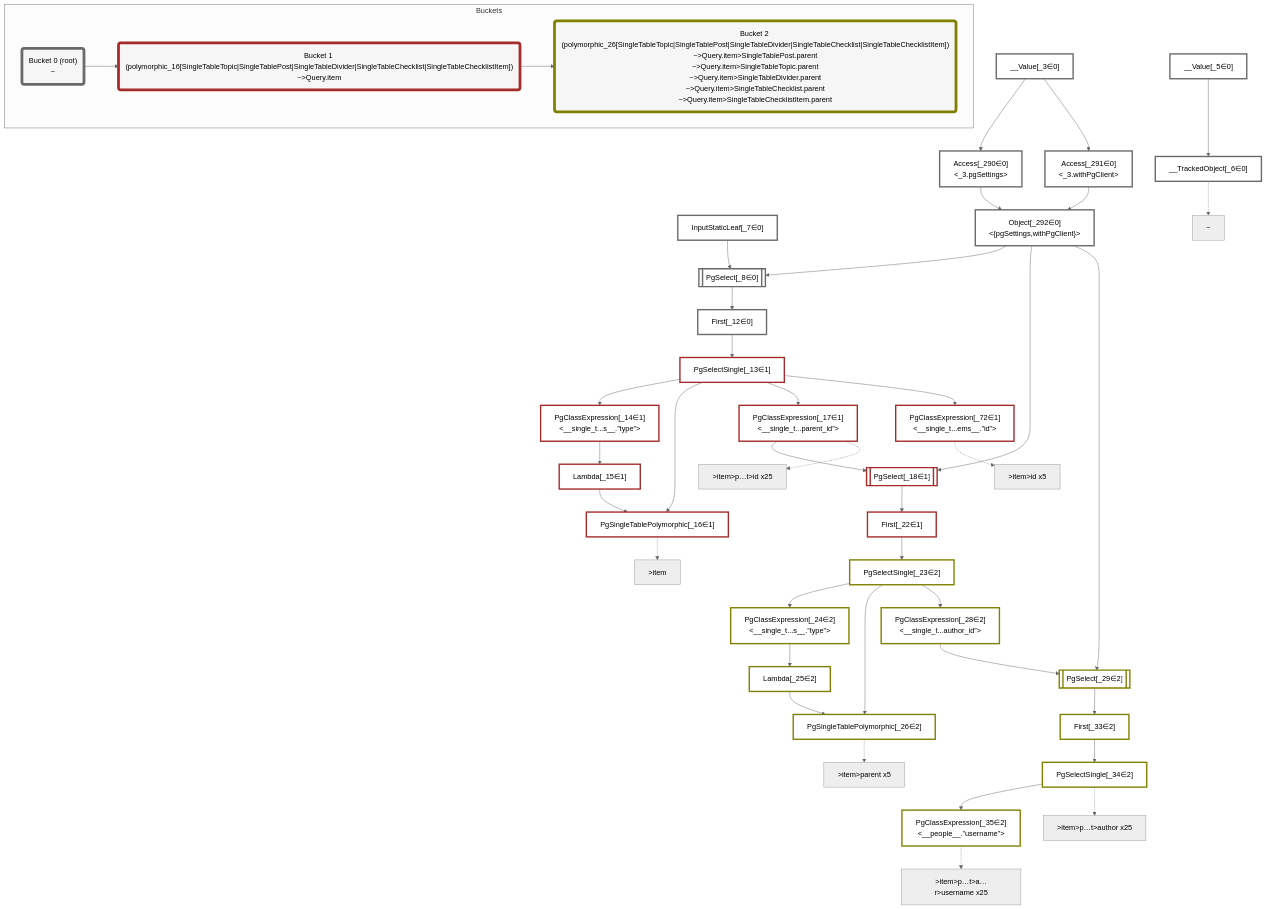
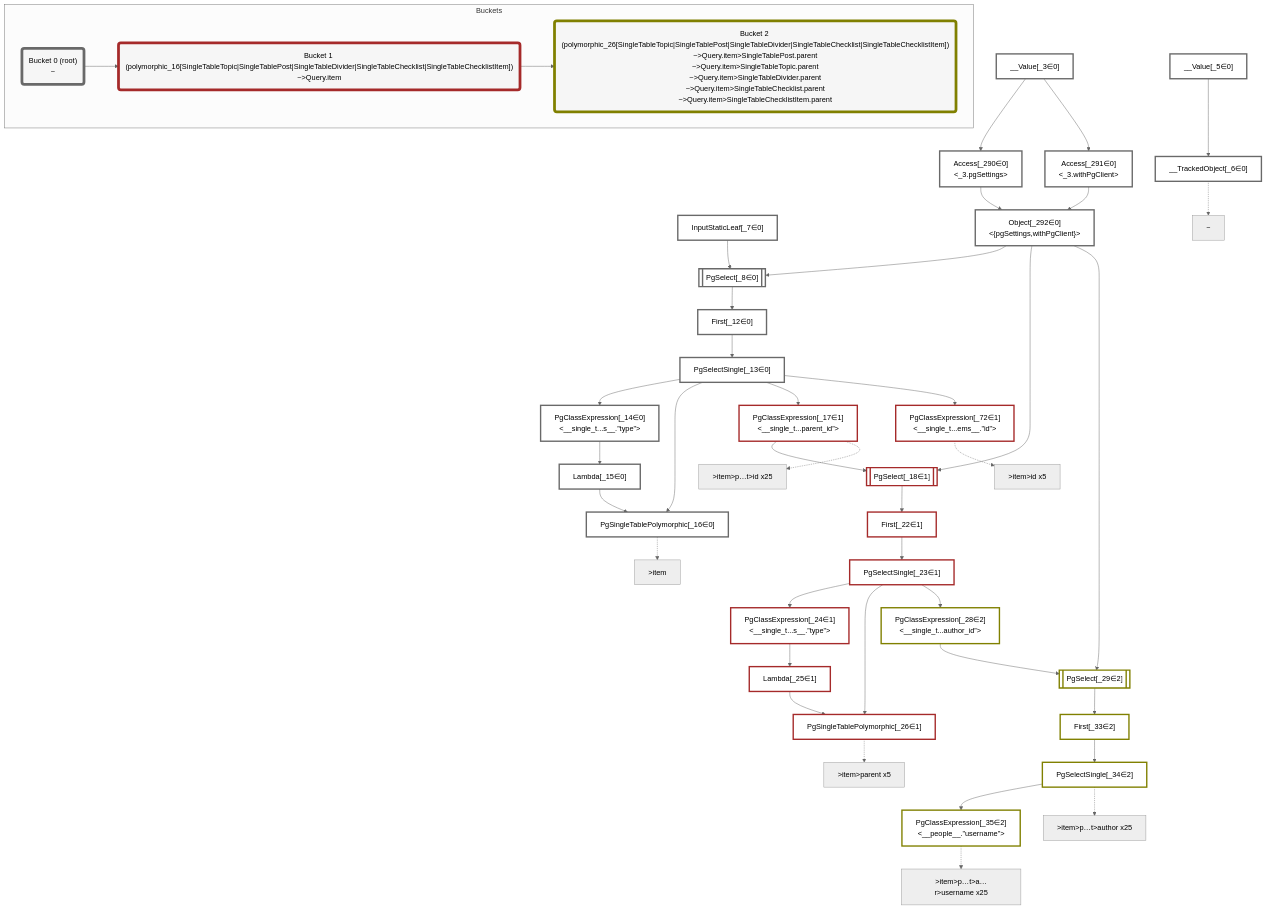
One commit to graphile/crystal changed the diagram in packages/dataplan-pg/__tests__/queries/interfaces-single-table/relation.deopt.mermaid.md. Above: the diagram before and after it, drawn with Mermaid (neutral theme). The commit also changed 11 other files, not shown here.

```diff
--- a/packages/dataplan-pg/__tests__/queries/interfaces-single-table/relation.deopt.mermaid.md
+++ b/packages/dataplan-pg/__tests__/queries/interfaces-single-table/relation.deopt.mermaid.md
@@ -14,17 +14,17 @@
     InputStaticLeaf_7["InputStaticLeaf[_7∈0]"]:::plan
     PgSelect_8[["PgSelect[_8∈0]<br /><single_table_items>"]]:::plan
     First_12["First[_12∈0]"]:::plan
-    PgSelectSingle_13["PgSelectSingle[_13∈1]<br /><single_table_items>"]:::plan
-    PgClassExpression_14["PgClassExpression[_14∈1]<br /><__single_t...s__.”type”>"]:::plan
-    Lambda_15["Lambda[_15∈1]"]:::plan
-    PgSingleTablePolymorphic_16["PgSingleTablePolymorphic[_16∈1]"]:::plan
+    PgSelectSingle_13["PgSelectSingle[_13∈0]<br /><single_table_items>"]:::plan
+    PgClassExpression_14["PgClassExpression[_14∈0]<br /><__single_t...s__.”type”>"]:::plan
+    Lambda_15["Lambda[_15∈0]"]:::plan
+    PgSingleTablePolymorphic_16["PgSingleTablePolymorphic[_16∈0]"]:::plan
     PgClassExpression_17["PgClassExpression[_17∈1]<br /><__single_t...parent_id”>"]:::plan
     PgSelect_18[["PgSelect[_18∈1]<br /><single_table_items>"]]:::plan
     First_22["First[_22∈1]"]:::plan
-    PgSelectSingle_23["PgSelectSingle[_23∈2]<br /><single_table_items>"]:::plan
-    PgClassExpression_24["PgClassExpression[_24∈2]<br /><__single_t...s__.”type”>"]:::plan
-    Lambda_25["Lambda[_25∈2]"]:::plan
-    PgSingleTablePolymorphic_26["PgSingleTablePolymorphic[_26∈2]"]:::plan
+    PgSelectSingle_23["PgSelectSingle[_23∈1]<br /><single_table_items>"]:::plan
+    PgClassExpression_24["PgClassExpression[_24∈1]<br /><__single_t...s__.”type”>"]:::plan
+    Lambda_25["Lambda[_25∈1]"]:::plan
+    PgSingleTablePolymorphic_26["PgSingleTablePolymorphic[_26∈1]"]:::plan
     PgClassExpression_28["PgClassExpression[_28∈2]<br /><__single_t...author_id”>"]:::plan
     PgSelect_29[["PgSelect[_29∈2]<br /><people>"]]:::plan
     First_33["First[_33∈2]"]:::plan
@@ -84,11 +84,11 @@
 
     %% allocate buckets
     classDef bucket0 stroke:#696969
-    class __Value_3,__Value_5,__TrackedObject_6,InputStaticLeaf_7,PgSelect_8,First_12,Access_290,Access_291,Object_292 bucket0
+    class __Value_3,__Value_5,__TrackedObject_6,InputStaticLeaf_7,PgSelect_8,First_12,PgSelectSingle_13,PgClassExpression_14,Lambda_15,PgSingleTablePolymorphic_16,Access_290,Access_291,Object_292 bucket0
     classDef bucket1 stroke:#a52a2a
-    class PgSelectSingle_13,PgClassExpression_14,Lambda_15,PgSingleTablePolymorphic_16,PgClassExpression_17,PgSelect_18,First_22,PgClassExpression_72 bucket1
+    class PgClassExpression_17,PgSelect_18,First_22,PgSelectSingle_23,PgClassExpression_24,Lambda_25,PgSingleTablePolymorphic_26,PgClassExpression_72 bucket1
     classDef bucket2 stroke:#808000
-    class PgSelectSingle_23,PgClassExpression_24,Lambda_25,PgSingleTablePolymorphic_26,PgClassExpression_28,PgSelect_29,First_33,PgSelectSingle_34,PgClassExpression_35 bucket2
+    class PgClassExpression_28,PgSelect_29,First_33,PgSelectSingle_34,PgClassExpression_35 bucket2
 
     subgraph Buckets
     Bucket0("Bucket 0 (root)<br />~"):::bucket
```
